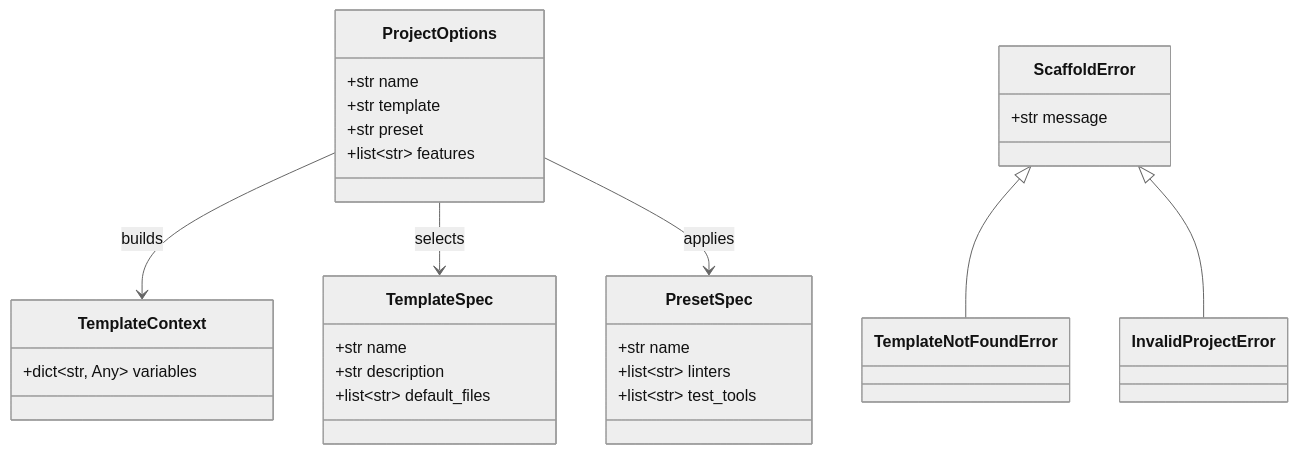
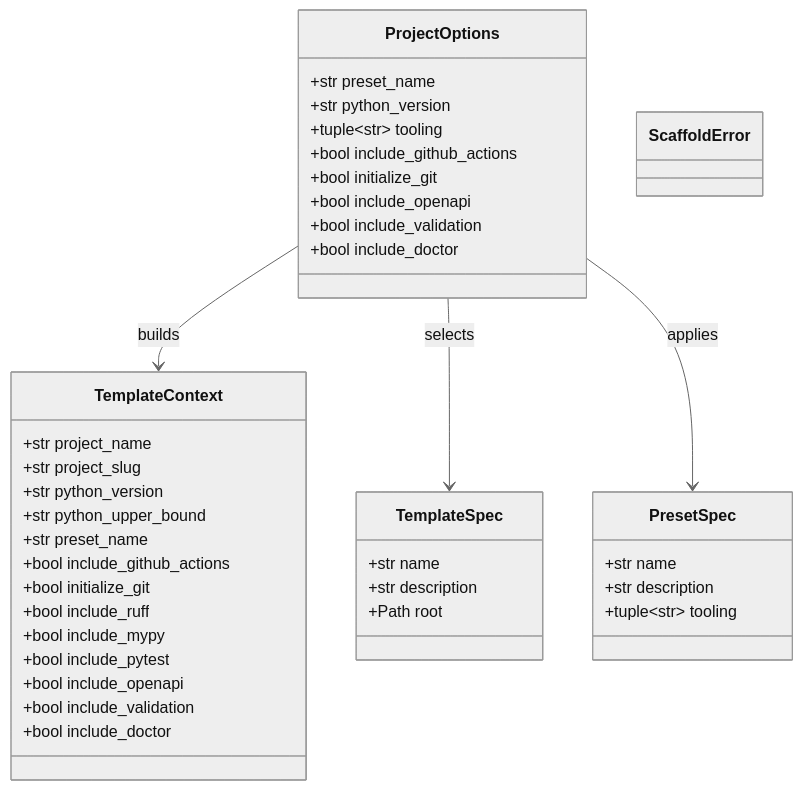
The fourth of 4 diagrams in docs/reference/architecture.md (yeongseon/azure-functions-scaffold), drawn with Mermaid (neutral theme) before and after one commit. The commit also changed other lines of this file, not shown here.

First line of the commit message:
docs: add missing standard sections and fix stale content in architecture doc

````diff
--- a/docs/reference/architecture.md
+++ b/docs/reference/architecture.md
@@ -116,31 +156,44 @@
 ```mermaid
 classDiagram
     class ProjectOptions {
-        +str name
-        +str template
-        +str preset
-        +list~str~ features
+        +str preset_name
+        +str python_version
+        +tuple~str~ tooling
+        +bool include_github_actions
+        +bool initialize_git
+        +bool include_openapi
+        +bool include_validation
+        +bool include_doctor
     }
     class TemplateContext {
-        +dict~str, Any~ variables
+        +str project_name
+        +str project_slug
+        +str python_version
+        +str python_upper_bound
+        +str preset_name
+        +bool include_github_actions
+        +bool initialize_git
+        +bool include_ruff
+        +bool include_mypy
+        +bool include_pytest
+        +bool include_openapi
+        +bool include_validation
+        +bool include_doctor
     }
     class TemplateSpec {
         +str name
         +str description
-        +list~str~ default_files
+        +Path root
     }
     class PresetSpec {
         +str name
-        +list~str~ linters
-        +list~str~ test_tools
+        +str description
+        +tuple~str~ tooling
     }
     class ScaffoldError {
-        +str message
     }
 
     ProjectOptions --> TemplateContext : builds
     ProjectOptions --> TemplateSpec : selects
     ProjectOptions --> PresetSpec : applies
-    ScaffoldError <|-- TemplateNotFoundError
-    ScaffoldError <|-- InvalidProjectError
 ```
````
